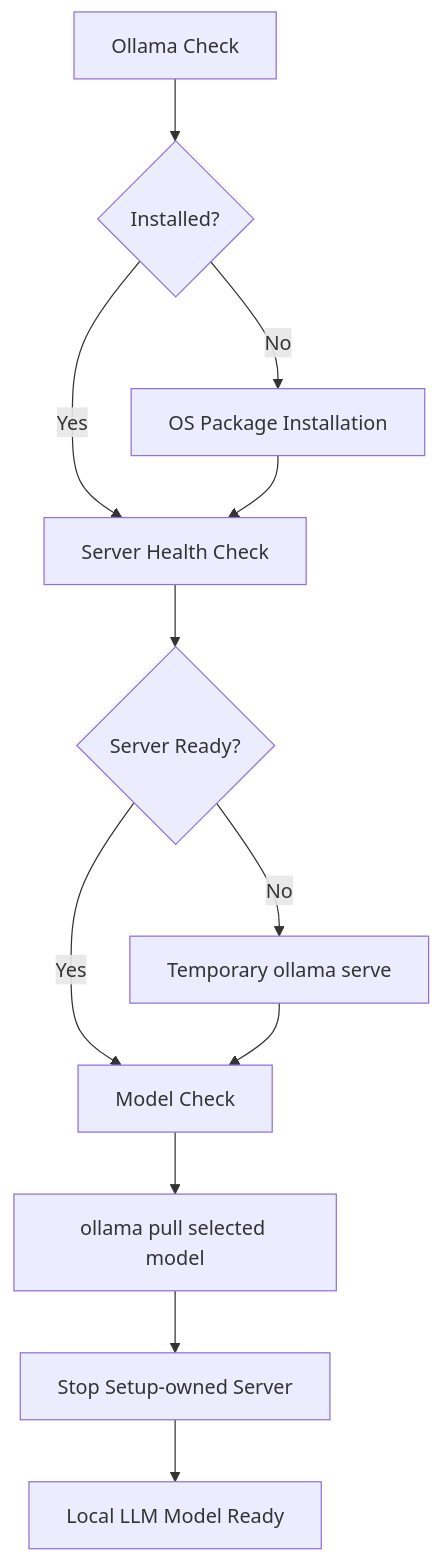
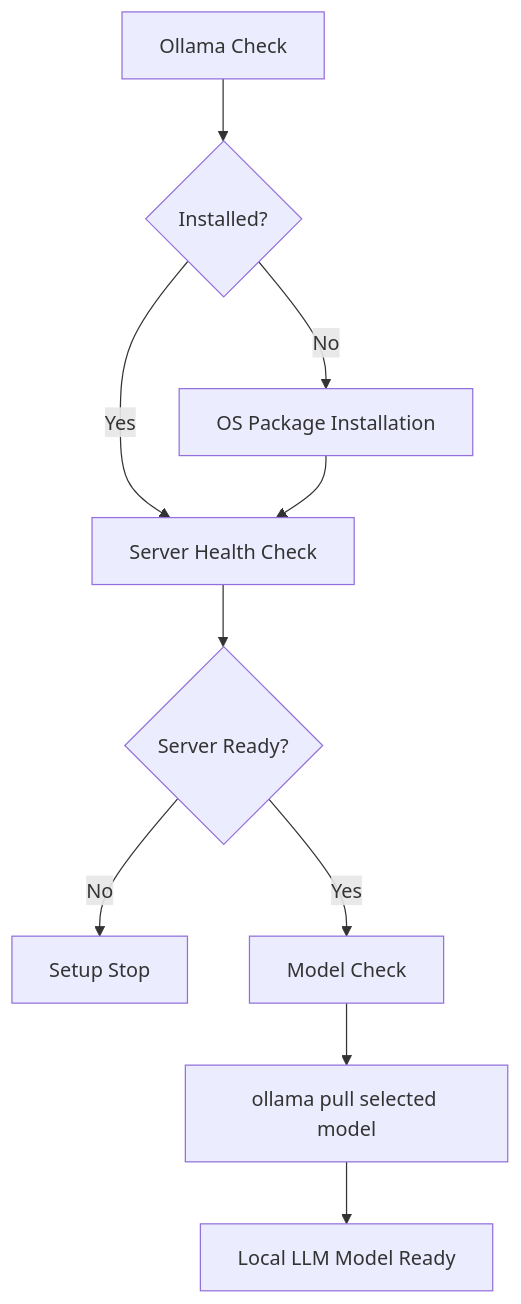
Before and after one commit to JeonghunLee/AI-driven-CI-CT: the second of 5 diagrams in docs/index.md, drawn with Mermaid. The commit also changed other lines of this file and 11 other files, not shown here.

````diff
--- a/docs/index.md
+++ b/docs/index.md
@@ -65,14 +66,12 @@
 ```mermaid
 flowchart TD
     A[Ollama Check] --> B{Installed?}
     B -- No --> C[OS Package Installation]
     B -- Yes --> D[Server Health Check]
     C --> D
     D --> E{Server Ready?}
-    E -- No --> F[Temporary ollama serve]
+    E -- No --> F[Setup Stop]
     E -- Yes --> G[Model Check]
-    F --> G
     G --> H[ollama pull selected model]
-    H --> I[Stop Setup-owned Server]
-    I --> J[Local LLM Model Ready]
+    H --> I[Local LLM Model Ready]
 ```
````
